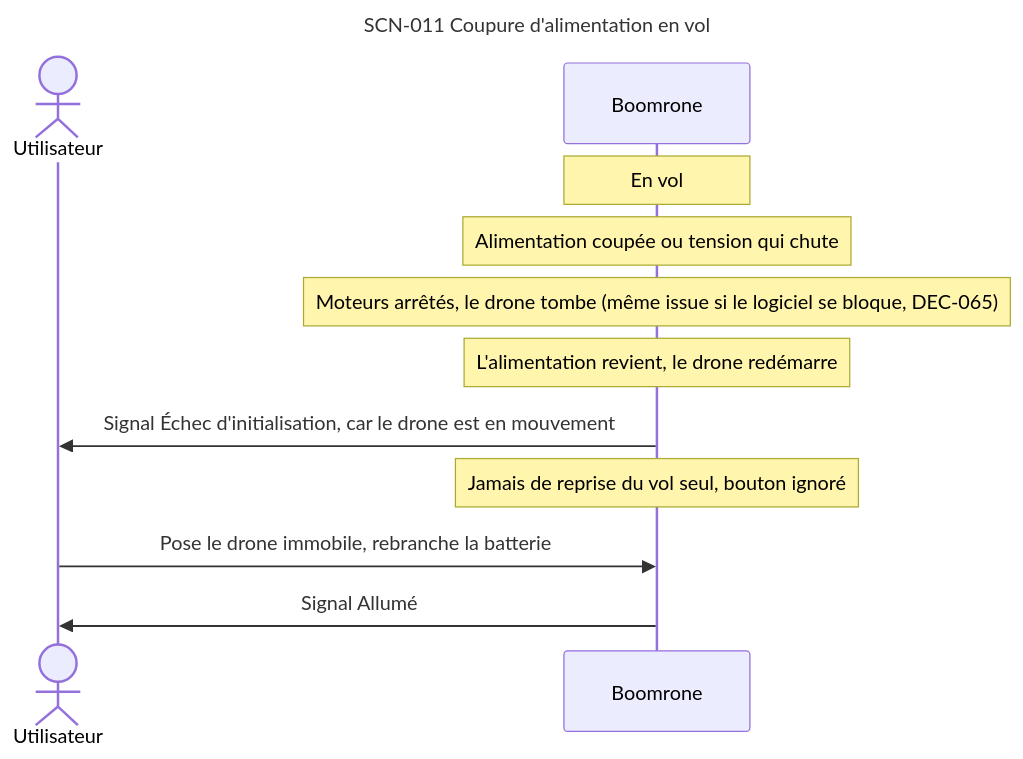
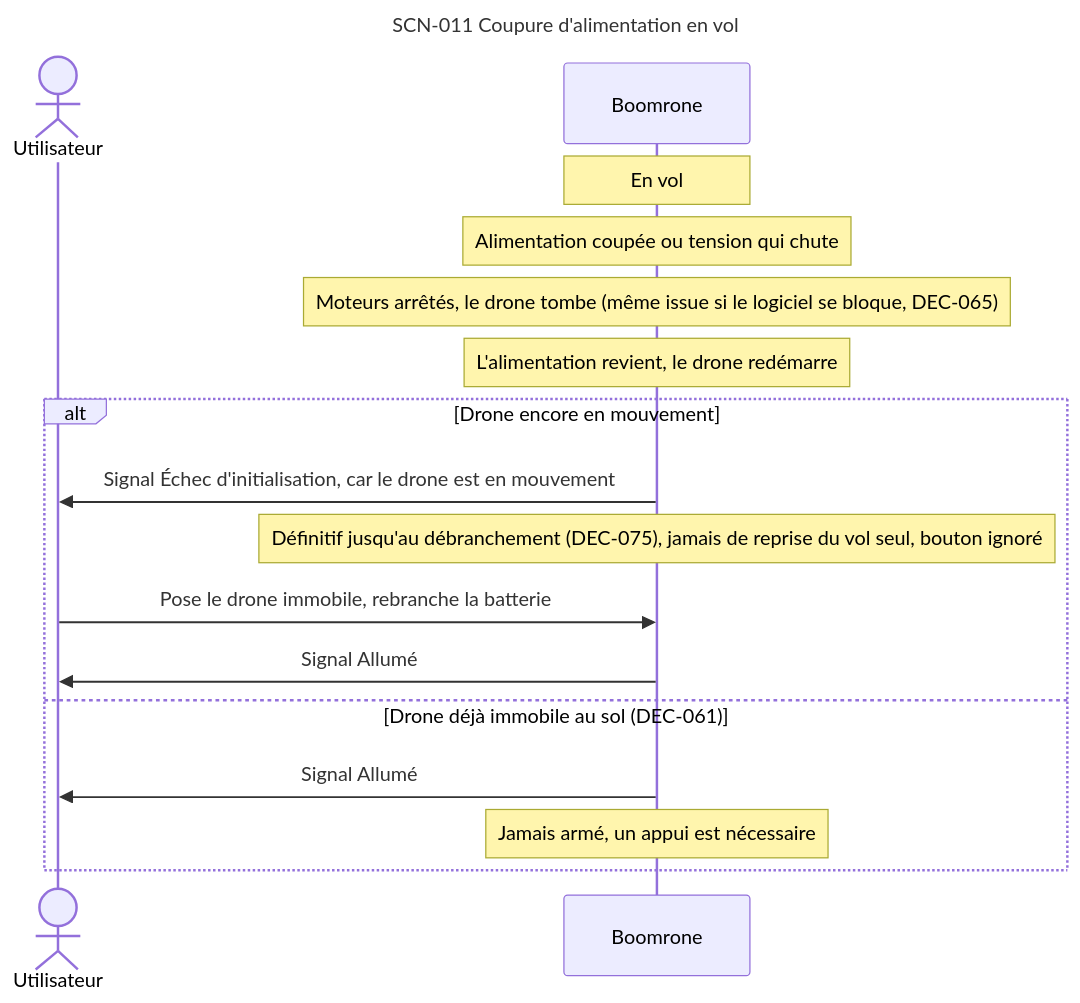
Before and after one commit to thourymatthieu-png/coworker_archi_system: diagram 13 of 13 in projets/boomrone/00-scenarios.md, drawn with Mermaid. The commit also changed other lines of this file and 6 other files, not shown here.

Commit message:
Boomrone : modèle du bouton (DEC-070 à DEC-075), signaux, scénarios, glossaire et doutes DOU-079 à DOU-083

````diff
--- a/projets/boomrone/00-scenarios.md
+++ b/projets/boomrone/00-scenarios.md
@@ -471,16 +481,21 @@
 ```mermaid
 ---
 title: "SCN-011 Coupure d'alimentation en vol"
 ---
 sequenceDiagram
     actor U as Utilisateur
     participant D as Boomrone
     Note over D: En vol
     Note over D: Alimentation coupée ou tension qui chute
     Note over D: Moteurs arrêtés, le drone tombe (même issue si le logiciel se bloque, DEC-065)
     Note over D: L'alimentation revient, le drone redémarre
-    D->>U: Signal Échec d'initialisation, car le drone est en mouvement
-    Note over D: Jamais de reprise du vol seul, bouton ignoré
-    U->>D: Pose le drone immobile, rebranche la batterie
-    D->>U: Signal Allumé
+    alt Drone encore en mouvement
+        D->>U: Signal Échec d'initialisation, car le drone est en mouvement
+        Note over D: Définitif jusqu'au débranchement (DEC-075), jamais de reprise du vol seul, bouton ignoré
+        U->>D: Pose le drone immobile, rebranche la batterie
+        D->>U: Signal Allumé
+    else Drone déjà immobile au sol (DEC-061)
+        D->>U: Signal Allumé
+        Note over D: Jamais armé, un appui est nécessaire
+    end
 ```
````
